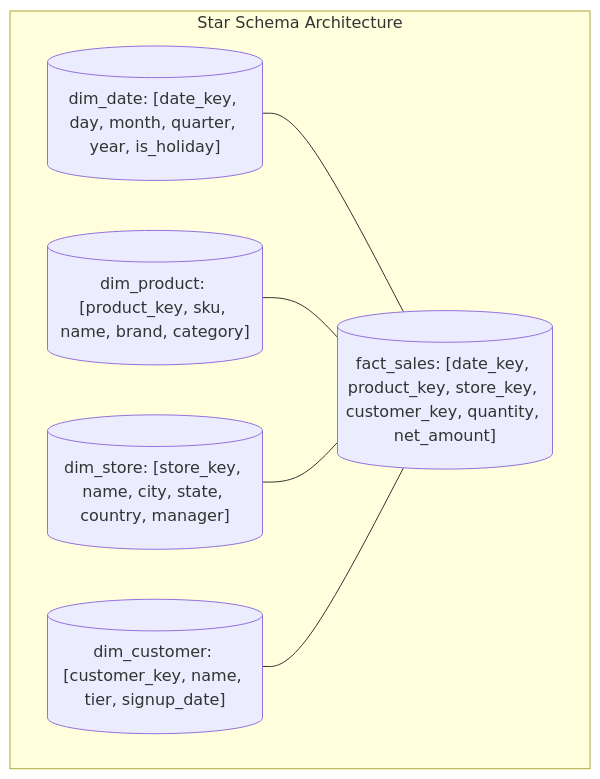
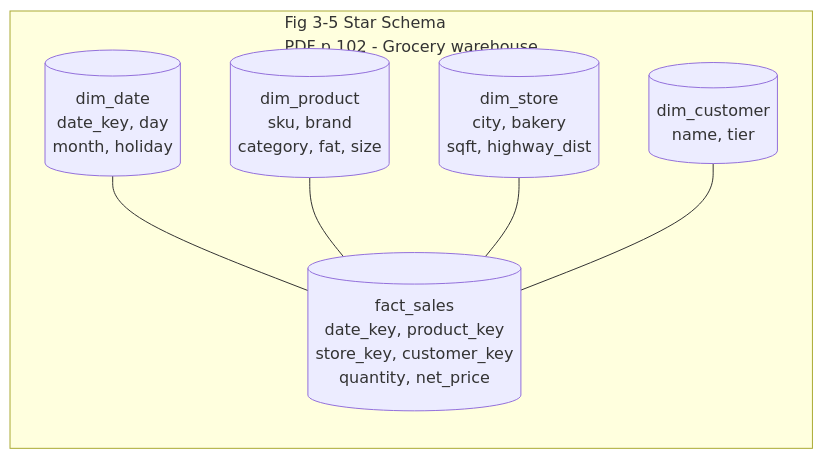
One commit to 1mimhe/books-summery changed the fifth of 9 diagrams in 01 Designing Data-Intensive Applications/chapter-03-data-models-and-query-languages.md. Above: the diagram before and after it, drawn with Mermaid. The commit also changed other lines of this file and 2 other files, not shown here.

Commit message:
docs(book01): forensic rewrite ch01-03 (serverless/HPC, 6-fig split, GraphQL/DataFrames/Turtle, figs 3-7/3-9)

````diff
--- a/01 Designing Data-Intensive Applications/chapter-03-data-models-and-query-languages.md
+++ b/01 Designing Data-Intensive Applications/chapter-03-data-models-and-query-languages.md
@@ -238,16 +470,15 @@
 ```mermaid
 flowchart TD
-  subgraph SG_STAR["Star Schema Architecture"]
-    FACT[("fact_sales: [date_key, product_key, store_key, customer_key, quantity, net_amount]")]
-
-    DIM_DATE[("dim_date: [date_key, day, month, quarter, year, is_holiday]")]
-    DIM_PROD[("dim_product: [product_key, sku, name, brand, category]")]
-    DIM_STORE[("dim_store: [store_key, name, city, state, country, manager]")]
-    DIM_CUST[("dim_customer: [customer_key, name, tier, signup_date]")]
-
-    DIM_DATE --- FACT
-    DIM_PROD --- FACT
-    DIM_STORE --- FACT
-    DIM_CUST --- FACT
+  subgraph SG_F35["Fig 3-5 Star Schema<br/>PDF p.102 - Grocery warehouse"]
+    direction TB
+    FACT[("fact_sales<br/>date_key, product_key<br/>store_key, customer_key<br/>quantity, net_price")]
+    DD[("dim_date<br/>date_key, day<br/>month, holiday")]
+    DP[("dim_product<br/>sku, brand<br/>category, fat, size")]
+    DS[("dim_store<br/>city, bakery<br/>sqft, highway_dist")]
+    DC[("dim_customer<br/>name, tier")]
+    DD --- FACT
+    DP --- FACT
+    DS --- FACT
+    DC --- FACT
   end
 ```
````
